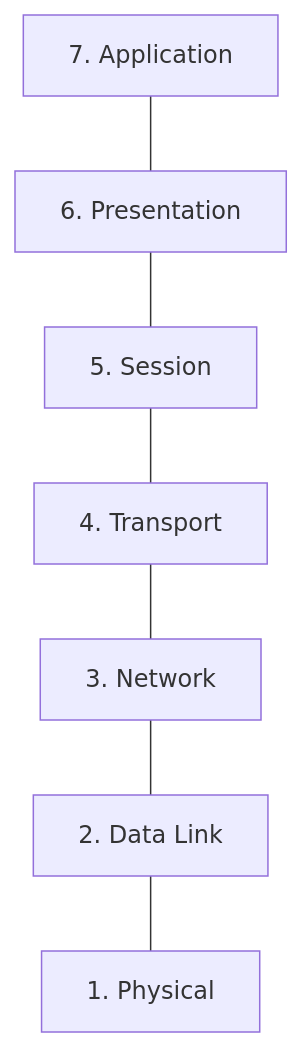
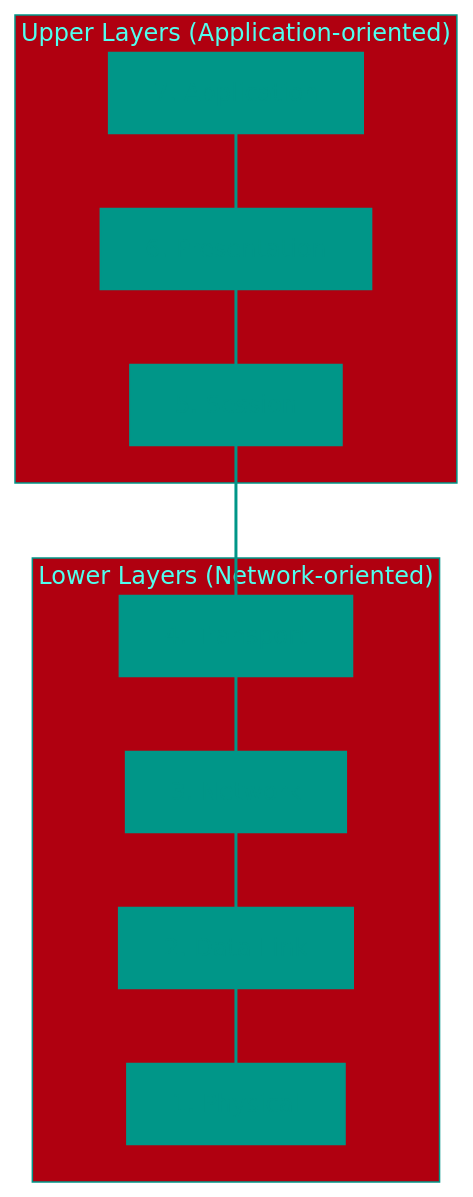
One commit to IBraveMonkey/data_structure-algorithms changed the diagram in eng/computer_science/03_networking/01_OSI_Model.md. Above: the diagram before and after it, drawn with Mermaid. The commit also changed other lines of this file and 772 other files, not shown here.

````diff
--- a/eng/computer_science/03_networking/01_OSI_Model.md
+++ b/eng/computer_science/03_networking/01_OSI_Model.md
@@ -17,12 +19,26 @@
 ```mermaid
+%%{init: { 'theme': 'base', 'themeVariables': { 'lineColor': '#009688', 'primaryColor': '#009688', 'primaryTextColor': '#009688', 'attributeBkg': '#009688', 'attributeTextColor': '#009688', 'signalColor': '#009688', 'actorLineColor': '#009688', 'nodeBorder': '#009688', 'clusterBorder': '#009688', 'textColor': '#009688', 'fontSize': '16px' } } }%%
 graph TD
+    subgraph Upper ["Upper Layers (Application-oriented)"]
     L7[7. Application]
     L6[6. Presentation]
     L5[5. Session]
+    end
+    
+    subgraph Lower ["Lower Layers (Network-oriented)"]
     L4[4. Transport]
     L3[3. Network]
     L2[2. Data Link]
     L1[1. Physical]
+    end
     
     L7 --- L6 --- L5 --- L4 --- L3 --- L2 --- L1
+
+
+
+linkStyle default stroke:#009688,stroke-width:2px;
+
+
+
+
 ```
````
